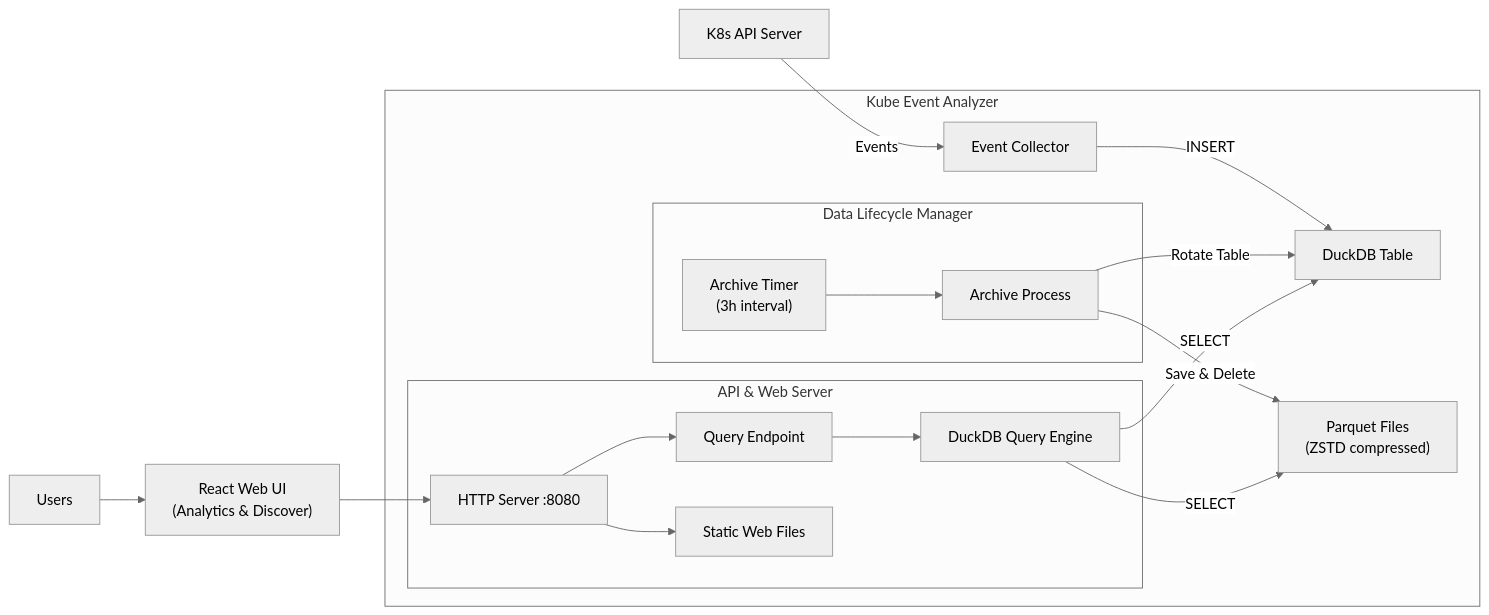
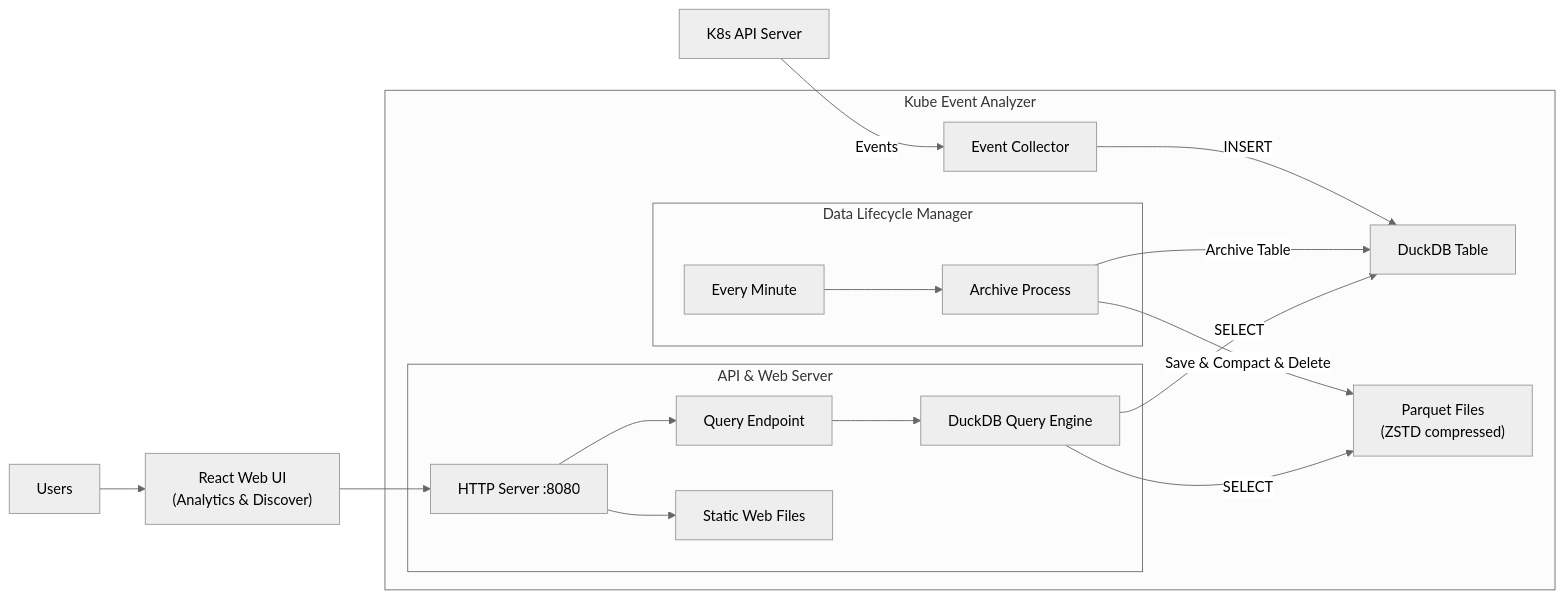
The diagram in README.md (iwanhae/kabinet), drawn with Mermaid (neutral theme) before and after one commit. The commit also changed other lines of this file and 3 other files, not shown here.

````diff
--- a/README.md
+++ b/README.md
@@ -50,24 +49,24 @@
 ```mermaid
 graph LR
     A["K8s API Server"] -- "Events" --> B["Event Collector"]
-    
+
     subgraph "Kube Event Analyzer"
         subgraph "API & Web Server"
             H["HTTP Server :8080"] --> I["Query Endpoint"]
             H --> J["Static Web Files"]
             I --> K["DuckDB Query Engine"]
         end
-        
+
         subgraph "Data Lifecycle Manager"
-            D["Archive Timer<br/>(3h interval)"] --> E["Archive Process"]
+            D["Every Minute"] --> E["Archive Process"]
         end
 				B --"INSERT"--> C["DuckDB Table"]
-				E --"Rotate Table"--> C
-        E --"Save & Delete"--> F["Parquet Files<br/>(ZSTD compressed)"]
+				E --"Archive Table"--> C
+        E --"Save & Compact & Delete"--> F["Parquet Files<br/>(ZSTD compressed)"]
         K --"SELECT"--> C
         K --"SELECT"--> F
     end
-    
+
     L["Users"] --> M["React Web UI<br/>(Analytics & Discover)"]
     M --> H
 ```
````
